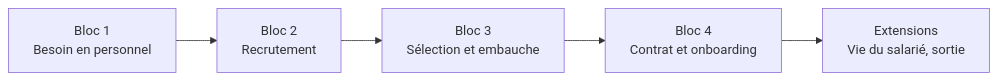
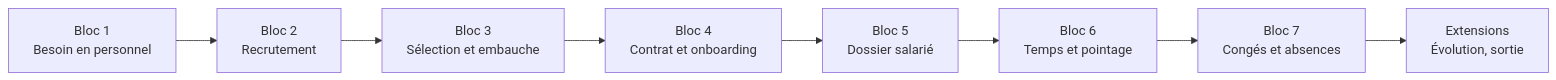
Before and after one commit to sandamamison/SIRH: the first of 7 diagrams in doc/conception_sirh.md, drawn with Mermaid. The commit also changed other lines of this file and 2 other files, not shown here.

First line of the commit message:
docs: ajout blocs 4 (onboarding), 5 (dossier salarié), 6 (temps/pointage), 7 (congés/absences)

````diff
--- a/doc/conception_sirh.md
+++ b/doc/conception_sirh.md
@@ -29,7 +29,10 @@
 ```mermaid
 flowchart LR
     A[Bloc 1<br/>Besoin en personnel] --> B[Bloc 2<br/>Recrutement]
     B --> C[Bloc 3<br/>Sélection et embauche]
     C --> D[Bloc 4<br/>Contrat et onboarding]
-    D --> E[Extensions<br/>Vie du salarié, sortie]
+    D --> E[Bloc 5<br/>Dossier salarié]
+    E --> F[Bloc 6<br/>Temps et pointage]
+    F --> G[Bloc 7<br/>Congés et absences]
+    G --> H[Extensions<br/>Évolution, sortie]
 ```
````
